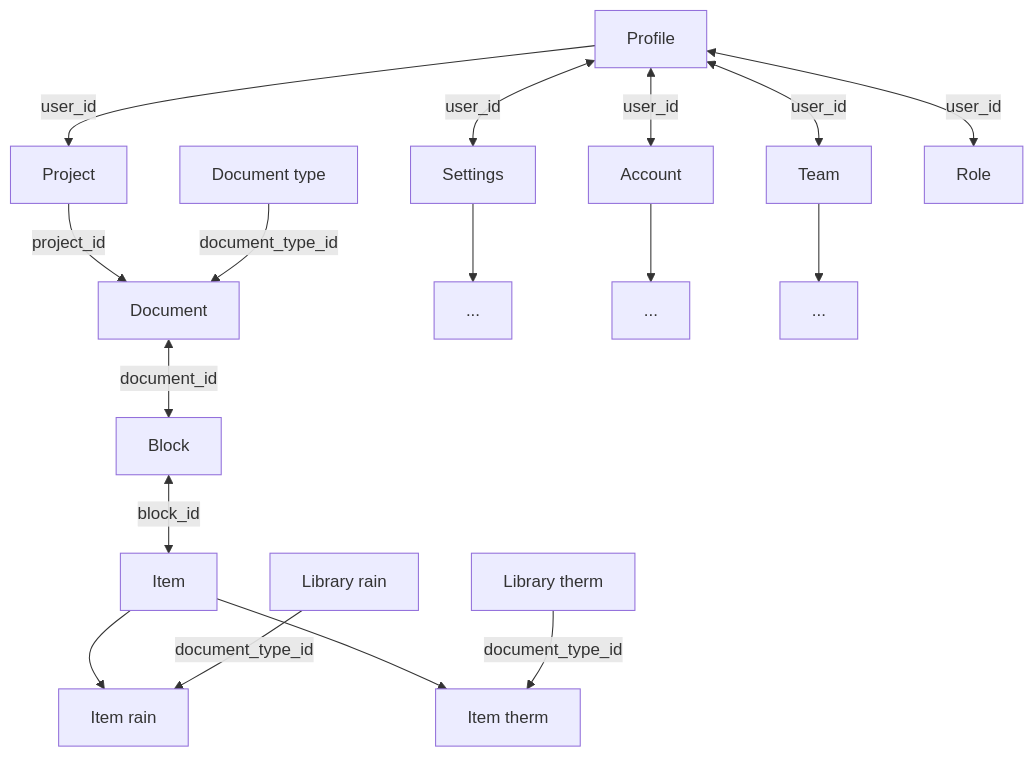
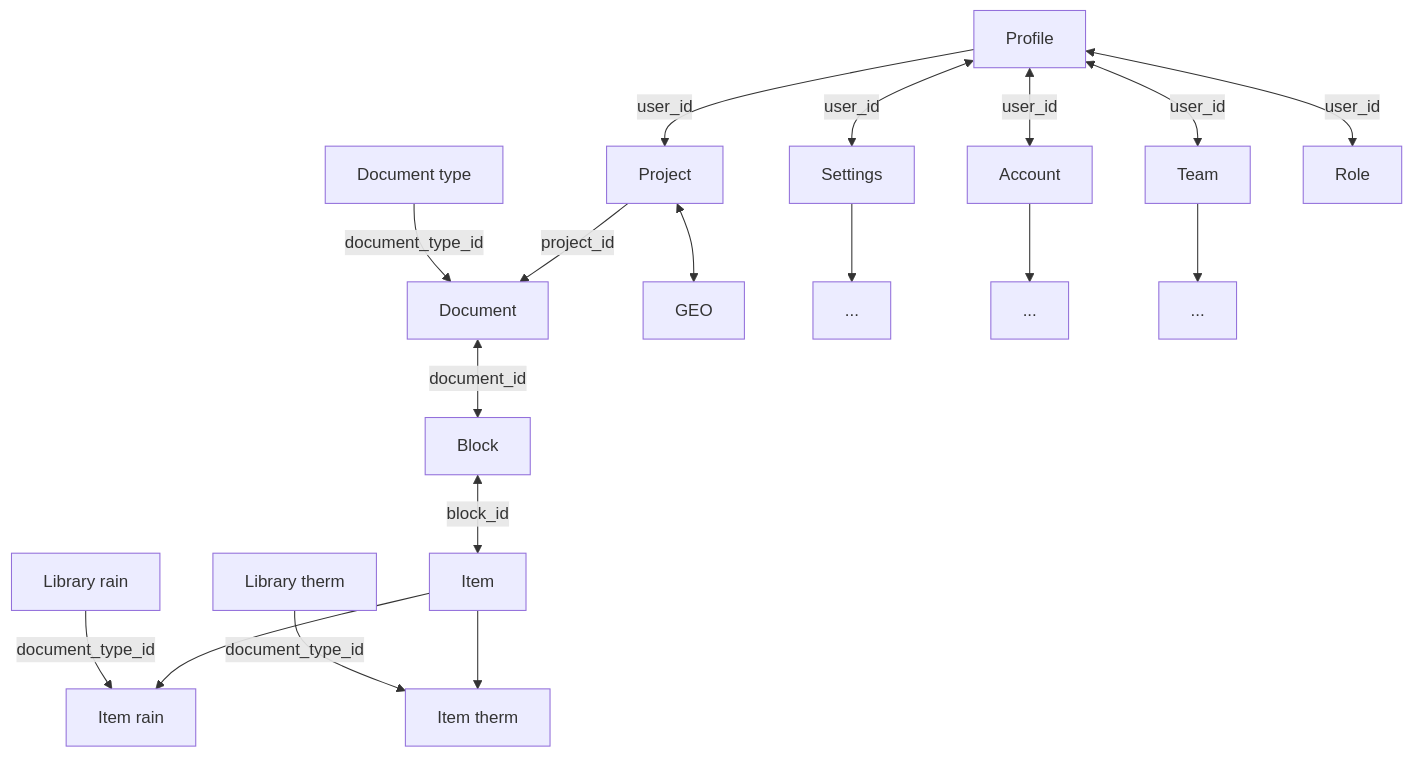
Before and after one commit to bmazurme/nest-entools: the diagram in draft.md, drawn with Mermaid.

````diff
--- a/draft.md
+++ b/draft.md
@@ -1,21 +1,22 @@
 ```mermaid
 flowchart
 USER-PROFILE[Profile] --> |user_id| USER-PROJECT[Project]
 USER-PROJECT --> |project_id| DOCUMENT[Document]
+USER-PROJECT <--> GEO
 DOCUMENT <--> |document_id| BLOCK[Block]
 BLOCK[Block] <--> |block_id| ITEM[Item]
 ITEM --> RAIN
 ITEM --> THERM
 LIBRARY_RAIN[Library rain] --> |document_type_id| RAIN[Item rain]
 LIBRARY_THERM[Library therm] --> |document_type_id| THERM[Item therm]
 DOCUMENT-TYPE[Document type] --> |document_type_id| DOCUMENT
 
 USER-PROFILE[Profile] <--> |user_id| USER-SETTINGS[Settings]
 USER-PROFILE[Profile] <--> |user_id| USER-ACCOUNT[Account]
 USER-PROFILE[Profile] <--> |user_id| USER-TEAM[Team]
-USER-PROFILE[Profile] <--> |user_id| USER-ROLE[Role]
+USER-PROFILE[Profile] <--> |user_id| ROLE[Role]
 
 USER-SETTINGS --> SETTINGS-DETAILS[...]
 USER-ACCOUNT --> ACCOUNT-DETAILS[...]
 USER-TEAM --> TEAM-DETAILS[...]
 ```
````
